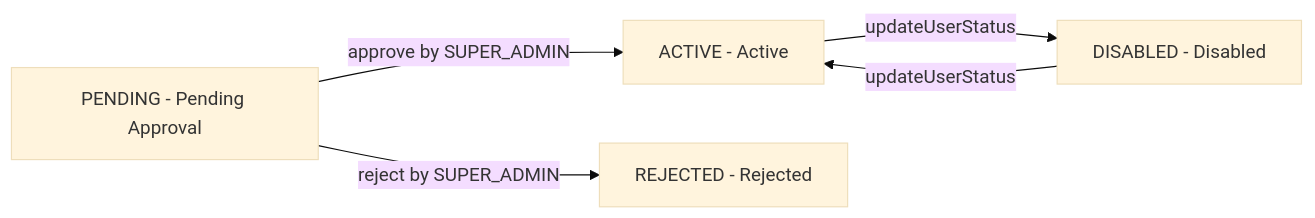
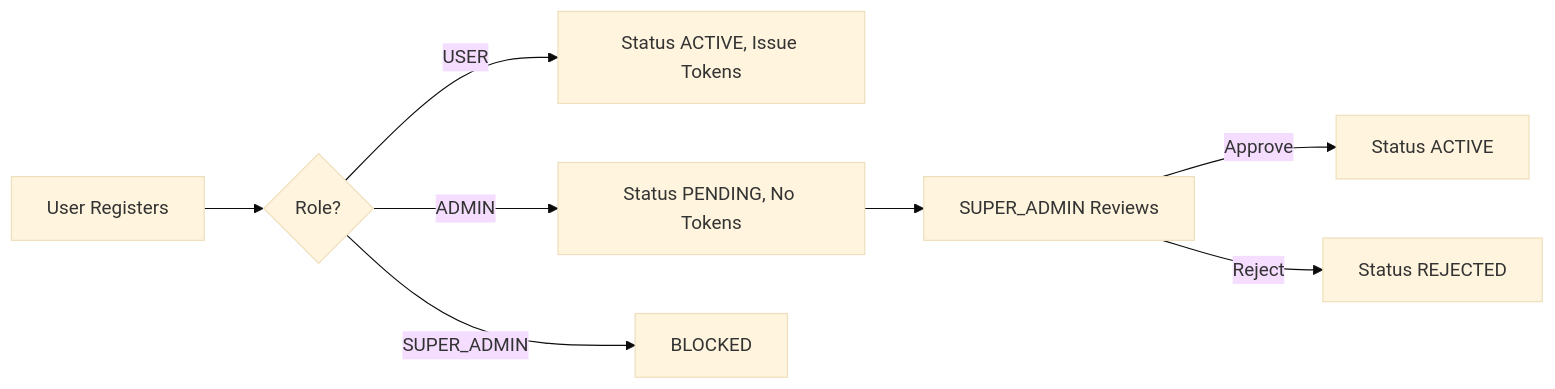
The third of 3 diagrams in repowiki/认证与用户.md (mambo-wang/CodingHub), drawn with Mermaid (base theme) before and after one commit. The commit also changed other lines of this file and 24 other files, not shown here.

````diff
--- a/repowiki/认证与用户.md
+++ b/repowiki/认证与用户.md
@@ -295,7 +113,10 @@
 ```mermaid
 graph LR
-    PENDING[PENDING - Pending Approval] -->|approve by SUPER_ADMIN| ACTIVE[ACTIVE - Active]
-    PENDING -->|reject by SUPER_ADMIN| REJECTED[REJECTED - Rejected]
-    ACTIVE -->|updateUserStatus| DISABLED[DISABLED - Disabled]
-    DISABLED -->|updateUserStatus| ACTIVE
+    A[User Registers] --> B{Role?}
+    B -->|USER| C[Status ACTIVE, Issue Tokens]
+    B -->|ADMIN| D[Status PENDING, No Tokens]
+    B -->|SUPER_ADMIN| E[BLOCKED]
+    D --> F[SUPER_ADMIN Reviews]
+    F -->|Approve| G[Status ACTIVE]
+    F -->|Reject| H[Status REJECTED]
 ```
````
